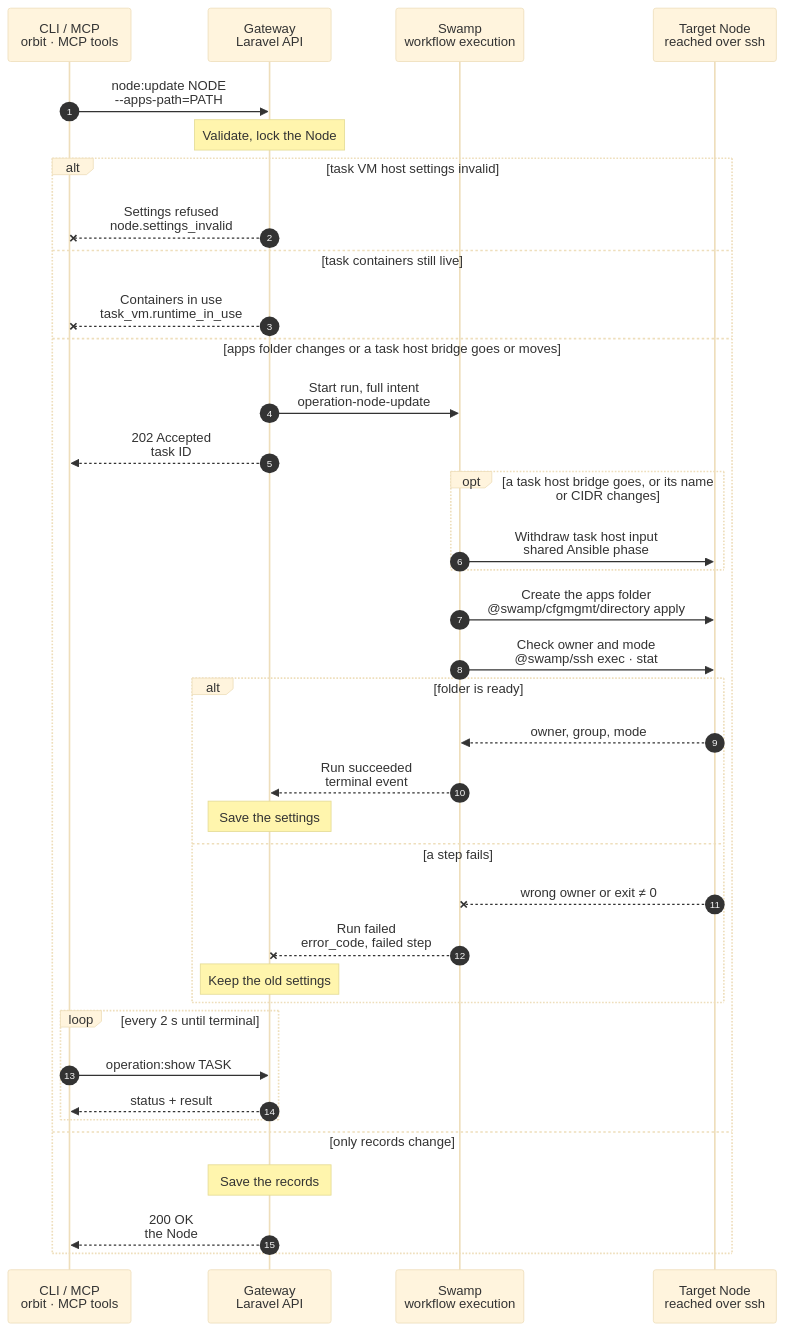
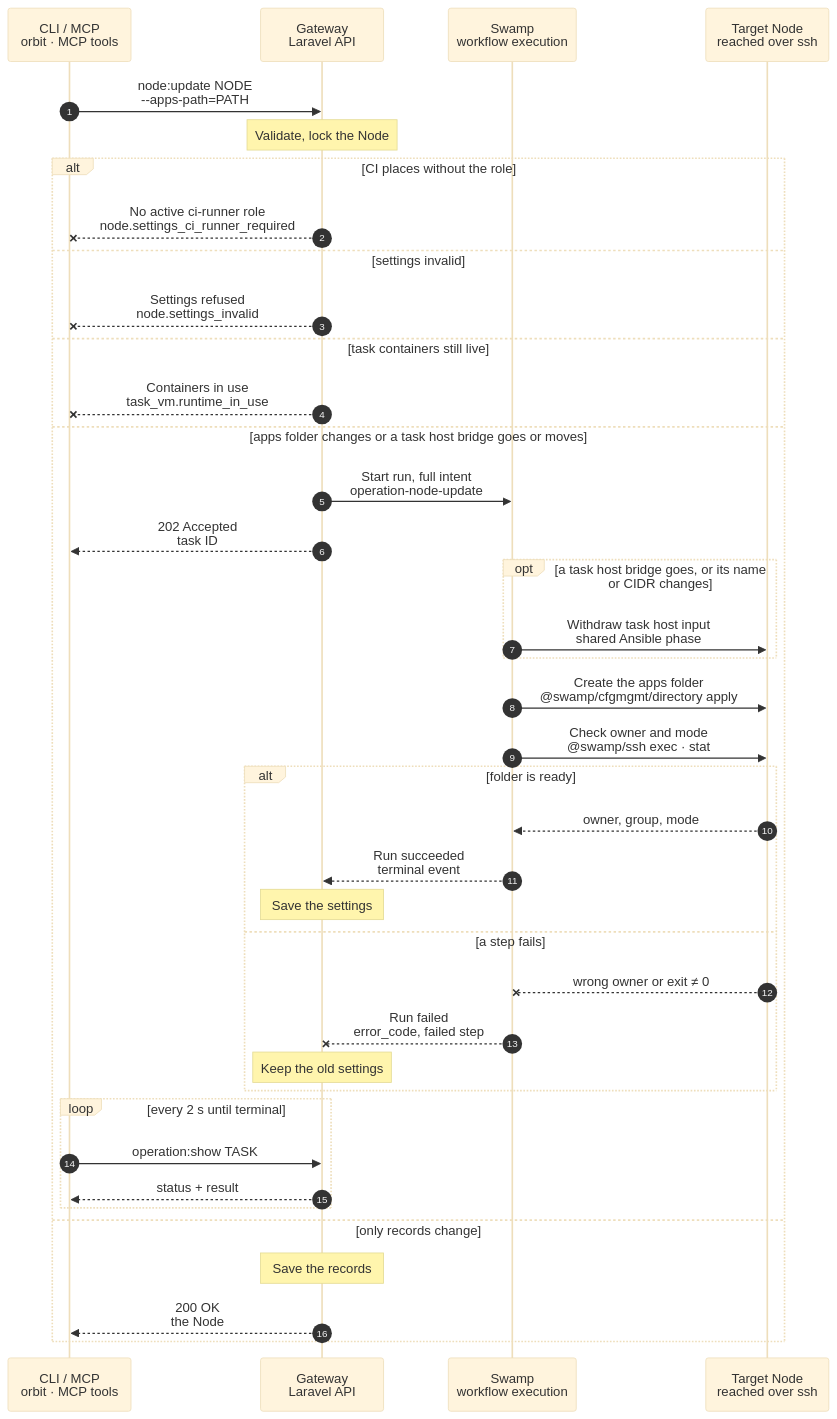
The diagram in docs/cli/node/update.mmd (hardimpactdev/orbit), drawn with Mermaid (base theme) before and after one commit. The commit also changed 7 other files, not shown here.

First line of the commit message:
docs(nodes): specify a CI Node's ci places setting (ADR 0260)

```diff
--- a/docs/cli/node/update.mmd
+++ b/docs/cli/node/update.mmd
@@ -1,125 +1,135 @@
 sequenceDiagram
   %% Target design: ADR 0244 task, task-host input withdrawal and apps.path are Node work, one node:update. docs/reference/node-settings.md.
   %% status: draft
   %% command: node:update
   %% kind: node.update
   autonumber
   %% lane CLI icon=terminal pill=caller tone=gray
   %% lane GW icon=gateway pill=intent tone=blue
   %% lane SW icon=workflow pill=executes tone=green
   %% lane N icon=server pill=target tone=amber
   participant CLI as CLI / MCP<br/>orbit · MCP tools
   participant GW as Gateway<br/>Laravel API
   participant SW as Swamp<br/>workflow execution
   participant N as Target Node<br/>reached over ssh
   %% path: main
   CLI->>GW: node:update NODE<br/>--apps-path=PATH
   %%> Command:
   %%> - `orbit node:update NODE --apps-path=PATH`
-  %%> - syntax: `<node> [--name=NAME] [--platform=PLATFORM] [--lan-ip=IP] [--reboot-hold=BOOL] [--image-refresh-hold|--no-image-refresh-hold] [--apps-path=PATH] [--task-vms=JSON] [--json]`
+  %%> - syntax: `<node> [--name=NAME] [--platform=PLATFORM] [--lan-ip=IP] [--reboot-hold=BOOL] [--image-refresh-hold|--no-image-refresh-hold] [--apps-path=PATH] [--task-vms=JSON] [--ci-places=N] [--ci-proof-only|--no-ci-proof-only] [--no-ci] [--json]`
   %%> Input:
   %%> - the Node, and at least one setting to change
   %%> - an apps-folder change or withdrawal of existing task-host input rules needs Node work; other changes are records
-  %%> - an empty value unsets a setting: `--lan-ip=` clears the LAN address, `--apps-path=` unsets the folder, `--task-vms=null` removes the task VM host settings
+  %%> - an empty value unsets a setting: `--lan-ip=` clears the LAN address, `--apps-path=` unsets the folder, `--task-vms=null` removes the task VM host settings, `--no-ci` clears the CI places
   %%> Who can call it:
   %%> - the `orbit` CLI and the MCP tool send the same request
   %%> - the API-only boolean `nested_fleet` records the Node hosting switch; absence keeps its value, including a combined asynchronous apps update; the next `app-dev` converge of a build-list Node prepares nested-fleet hosting and builds the nested-fleet image while it is on (node-settings reference)
   Note over GW: Validate, lock the Node
   %%> Requirements:
   %%> - the calling Node has an access grant to the target Node
   %%> - `task_vms.task_places` and `task_vms.ci_places` are separate VM counts from 0 to 64; one live VM holds one place until deletion is confirmed
-  %%> - the optional `task_vms.containers` member has its own `task_places` and `ci_places`, counted apart from the VM places, and its own Incus project, bridge and CIDR
+  %%> - the optional `task_vms.containers` member has its own `task_places`, counted apart from the VM places, and its own Incus project, bridge and CIDR; it has no CI places
+  %%> - only a Node with an active `ci-runner` role takes CI places; `ci.places` from 0 to 64 is shared by runner jobs and proof copies, and `ci.proof_only` keeps them for proof copies; an omitted member keeps its value
   %%> - lowering either count removes no claim; task work and operator proofs share FIFO task admission, while authenticated CI proofs and base refresh use CI places
   %%> - every value passes the checks that the Node settings reference lists; a failed check changes nothing
   %%> - a LAN address is IPv4 and no other Node of the same network has it (`cluster.lan_ip_conflict`): every Node on the hub's private network, else the Node's Cluster, or every Node outside a Cluster
   %%> - no other lifecycle change runs for the target; the Gateway holds the Node's name lock, and the new name's lock for a rename
   %%> Decides:
   %%> - whether the apps folder changes and needs Node work, so a run starts
-  alt task VM host settings invalid
+  alt CI places without the role
+    %% path: ci-role-missing
+    GW--xCLI: No active ci-runner role<br/>node.settings_ci_runner_required
+    %%> When:
+    %%> - the request sets CI places on a Node whose `ci-runner` role is absent or not active
+    %%> Result:
+    %%> - HTTP 422; nothing changes and no run starts
+    %%> - clearing the CI places with `--no-ci` is allowed on any Node
+  else settings invalid
     %% path: settings-refused
     GW--xCLI: Settings refused<br/>node.settings_invalid
     %%> When:
     %%> - a field fails its check, or a bridge of the host overlaps the VPN subnet, another bridge of the host, or a bridge of another host
     %%> - `containers` uses the host's VM project or bridge name
+    %%> - a first CI setting has no `places`
     %%> Result:
     %%> - nothing changes and no run starts
   else task containers still live
     %% path: runtime-in-use
     GW--xCLI: Containers in use<br/>task_vm.runtime_in_use
     %%> When:
     %%> - the request removes `containers`, or changes its `project`, `network` or `cidr`, while the host has a task container that is not destroyed
     %%> Result:
     %%> - nothing changes; change the container side after its containers are released
   else apps folder changes or a task host bridge goes or moves
     %% path: node-work
     GW->>SW: Start run, full intent<br/>operation-node-update
     %%> Inputs:
     %%> - the new apps folder, and the managed user and group that must own it
     %%> - the target's address and SSH host keys; the SSH identity comes from the `swamp` role
     %%> Not stored yet:
-    %%> - the settings stay unchanged until the run succeeds; a new name, platform, LAN address or either hold in the same request is saved at once
+    %%> - the settings stay unchanged until the run succeeds; a new name, platform, LAN address, either hold or CI places in the same request are saved at once
     %%> Unsetting on a Node with an active `app-dev` role:
     %%> - prepares the default folder, `<managed-user-home>/apps`
     GW-->>CLI: 202 Accepted<br/>task ID
     %%> What you get:
     %%> - the task ID, at once
     %%> Next:
     %%> - the CLI follows the task with `operation:show`
     opt a task host bridge goes, or its name or CIDR changes
       %% path: withdraw-input
       SW->>N: Withdraw task host input<br/>shared Ansible phase
       %%> What it does:
       %%> - removes only rules with the three catalog-owned input comments of each bridge that goes or moves, including duplicates and IPv6 rows
       %%> - the VM bridge's are `orbit:task-vms-*`; the container bridge's, when `containers` goes or its `network` or `cidr` changes, are `orbit:task-containers-*`
       %%> - reads the firewall again and asserts none remain; failure keeps the stored settings
     end
     SW->>N: Create the apps folder<br/>@swamp/cfgmgmt/directory apply
     %%> What it does:
     %%> - only when an apps-folder change needs preparation: creates the folder and any missing folders above it
     %%> - gives it the managed user and group and mode `0755`
     %%> Not included:
     %%> - existing Instances don't move; new development Instances use the new folder
     SW->>N: Check owner and mode<br/>@swamp/ssh exec · stat
     %%> Why:
     %%> - it is the one end check: a real folder of the managed user and group, mode 0755
     alt folder is ready
       %% path: folder-ready
       N-->>SW: owner, group, mode
       SW-->>GW: Run succeeded<br/>terminal event
       %%> How the Gateway learns it:
       %%> - its shared run reader sees the terminal event; Swamp never calls the Gateway
       Note over GW: Save the settings
       %%> Result:
       %%> - the apps folder is set, and any task VM host change in the same request is saved with it
       %%> - the task succeeds
     else a step fails
       %% path: run-failed
       N--xSW: wrong owner or exit ≠ 0
       %%> When:
       %%> - the folder can't be created, a file is in the way, or the check doesn't match
       SW--xGW: Run failed<br/>error_code, failed step
       Note over GW: Keep the old settings
       %%> Result:
       %%> - the settings stay unchanged and the task fails
       %%> On the Node:
       %%> - folders created before the failure stay; an empty folder is harmless and there is no rollback
       %%> Retry:
       %%> - run the same command again after fixing the cause; it is a new task
     end
     loop every 2 s until terminal
       CLI->>GW: operation:show TASK
       GW-->>CLI: status + result
     end
   else only records change
     %% path: records
     Note over GW: Save the records
     %%> What it does:
-    %%> - saves the name, platform, LAN address, reboot hold, image refresh hold or task VM host settings at once when no apps preparation or task-host input withdrawal is needed; no Node is contacted
+    %%> - saves the name, platform, LAN address, reboot hold, image refresh hold, task VM host settings or CI places at once when no apps preparation or task-host input withdrawal is needed; no Node is contacted
     %%> - `--image-refresh-hold` and `--no-image-refresh-hold` store the image refresh hold; every Node read shows it; nothing reads it since the task VM image refresh was removed
     %%> - `--reboot-hold=true` or `false` saves a boolean column; every Node read shows it; the next fleet reboot admission freezes it
     %%> - a new LAN address takes effect where Orbit next renders it; a Node on the hub's private network moves to the hub's LAN endpoint at its next `node:converge`
     %%> Skipped:
     %%> - when every value equals the stored one, nothing is written and the result reports `Skipped — already set (node.unchanged)`
     %%> - the skip reason is part of the successful result in human and machine output, not an error
     GW-->>CLI: 200 OK<br/>the Node
   end
```
